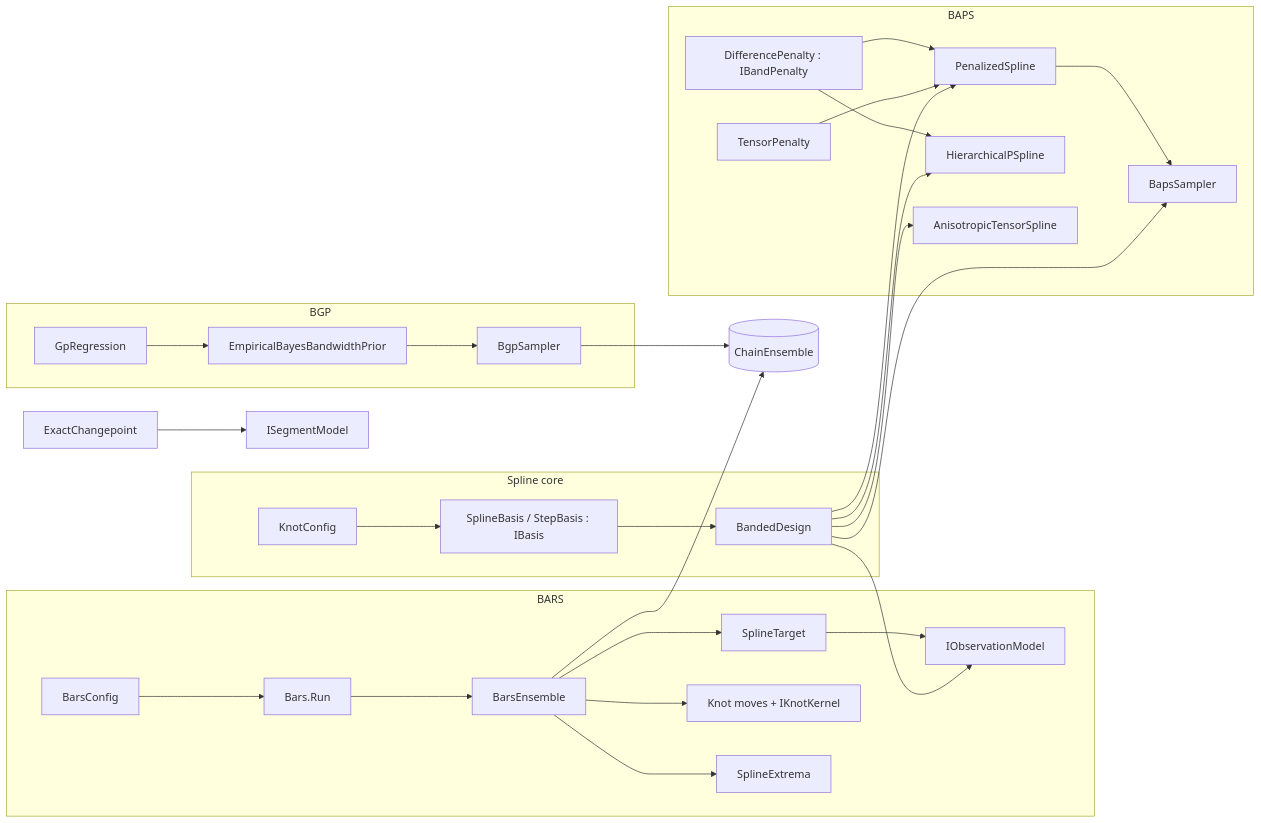
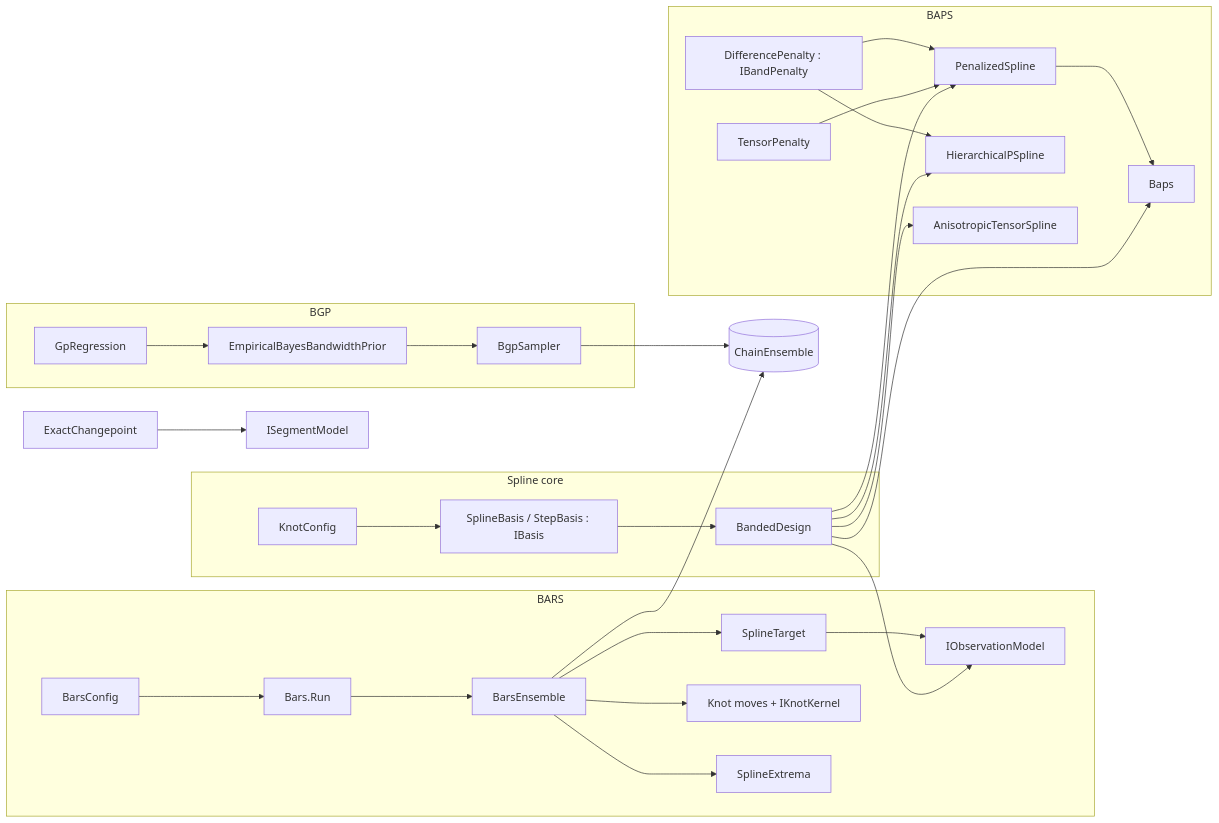
Before and after one commit to aghado01/ThermoMapper: the diagram in docs/Maths/BayesianRegression.md, drawn with Mermaid. The commit also changed other lines of this file and 3 other files, not shown here.

````diff
--- a/docs/Maths/BayesianRegression.md
+++ b/docs/Maths/BayesianRegression.md
@@ -15,24 +15,24 @@
 ```mermaid
 flowchart LR
   subgraph Spline core
     KC[KnotConfig] --> SB[SplineBasis / StepBasis : IBasis] --> BD[BandedDesign]
   end
   subgraph BARS
     BC[BarsConfig] --> BR[Bars.Run] --> BE[BarsEnsemble]
     BE --> ST[SplineTarget] --> OM[IObservationModel]
     BE --> KM[Knot moves + IKnotKernel]
     BE --> SX[SplineExtrema]
   end
   subgraph BAPS
-    DP[DifferencePenalty : IBandPenalty] --> PS[PenalizedSpline] --> BS[BapsSampler]
+    DP[DifferencePenalty : IBandPenalty] --> PS[PenalizedSpline] --> BS[Baps]
     DP --> HP[HierarchicalPSpline]
     TP[TensorPenalty] --> PS
     AT[AnisotropicTensorSpline]
   end
   subgraph BGP
     GP[GpRegression] --> EB[EmpiricalBayesBandwidthPrior] --> BG[BgpSampler]
   end
   EC[ExactChangepoint] --> SM[ISegmentModel]
   BD --> OM & PS & BS & HP & AT
   BE & BG --> CE[(ChainEnsemble)]
 ```
````
